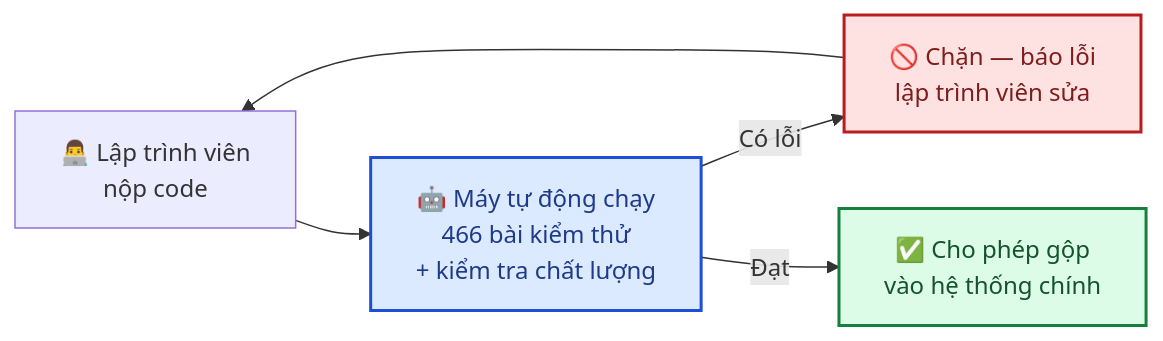
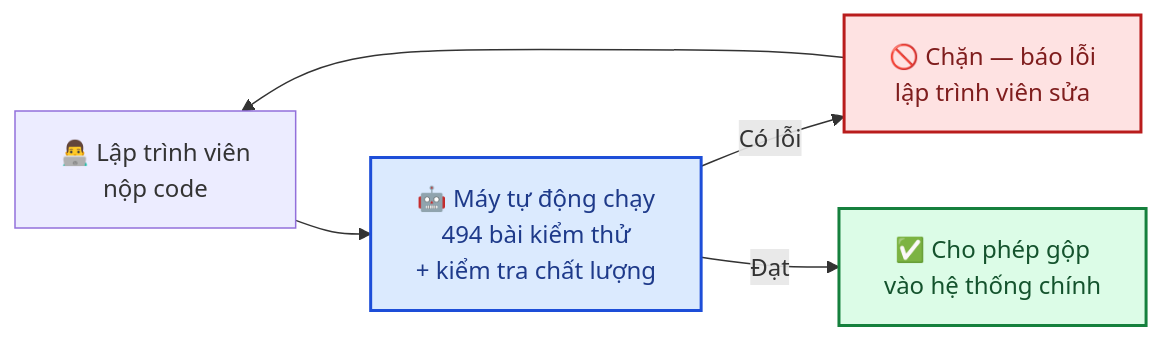
One commit to Hungvu0712/FLOWER changed the second of 2 diagrams in docs/gitbook/06-de-xuat.md. Above: the diagram before and after it, drawn with Mermaid. The commit also changed other lines of this file and 40 other files, not shown here.

````diff
--- a/docs/gitbook/06-de-xuat.md
+++ b/docs/gitbook/06-de-xuat.md
@@ -73,11 +73,11 @@
 ```mermaid
 flowchart LR
-    D["👨‍💻 Lập trình viên<br/>nộp code"] --> CI["🤖 Máy tự động chạy<br/>466 bài kiểm thử<br/>+ kiểm tra chất lượng"]
+    D["👨‍💻 Lập trình viên<br/>nộp code"] --> CI["🤖 Máy tự động chạy<br/>494 bài kiểm thử<br/>+ kiểm tra chất lượng"]
     CI -->|Có lỗi| BLOCK["🚫 Chặn — báo lỗi<br/>lập trình viên sửa"]
     CI -->|Đạt| MERGE["✅ Cho phép gộp<br/>vào hệ thống chính"]
     BLOCK --> D
 
     style CI fill:#dbeafe,stroke:#1d4ed8,stroke-width:2px,color:#1e3a8a
     style BLOCK fill:#fee2e2,stroke:#b91c1c,stroke-width:2px,color:#7f1d1d
     style MERGE fill:#dcfce7,stroke:#15803d,stroke-width:2px,color:#14532d
 ```
````
